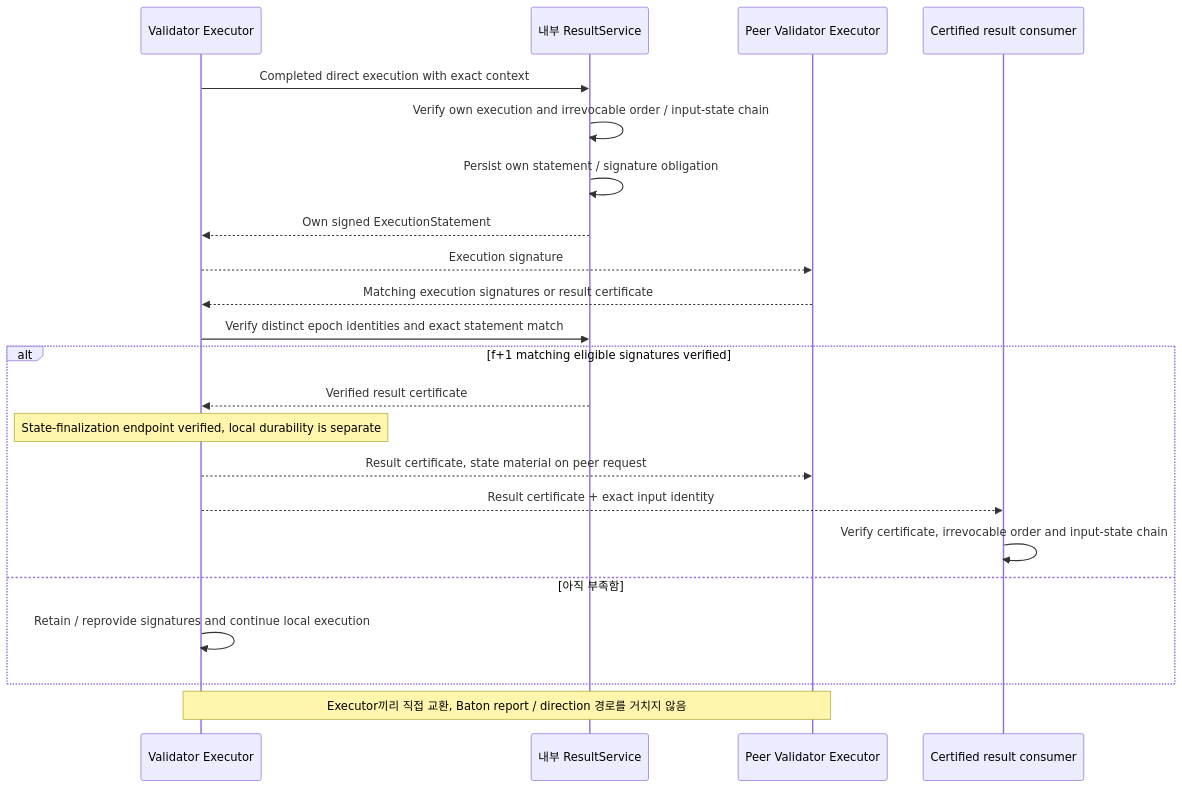
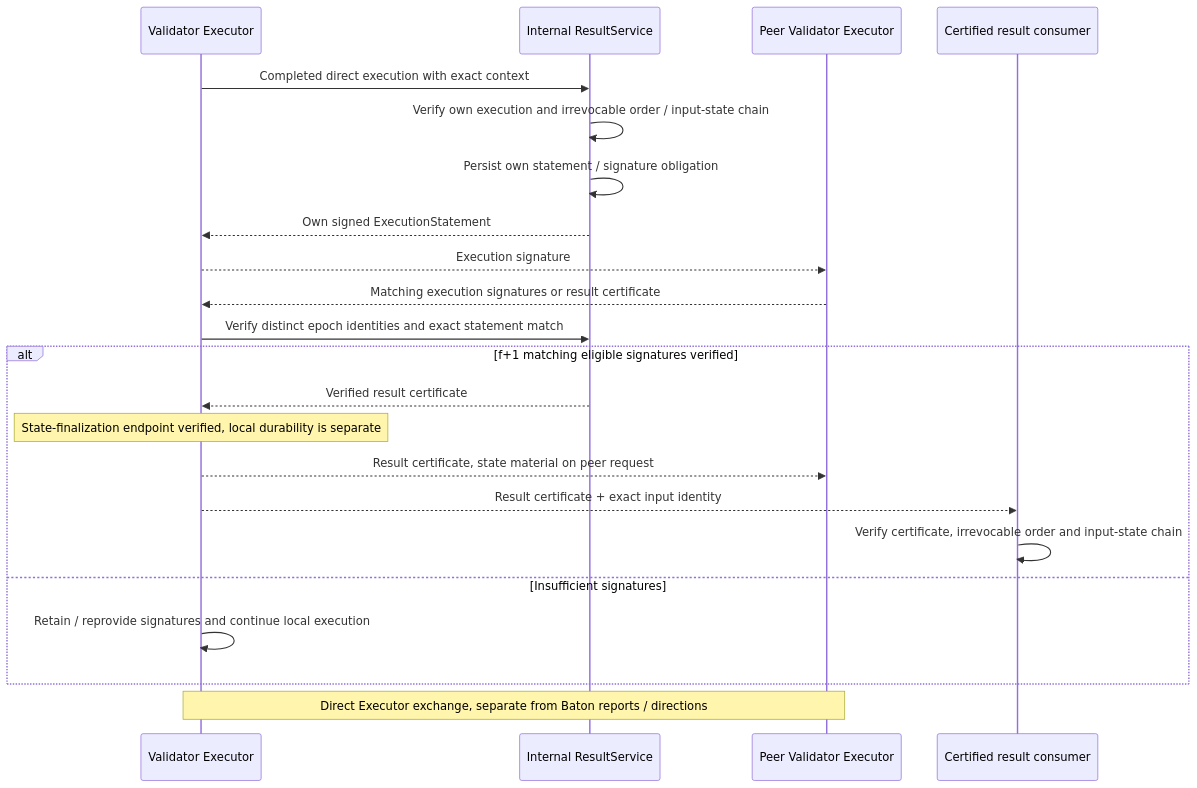
One commit to djm07073/baton-research changed the diagram in docs/e2e/results.md. Above: the diagram before and after it, drawn with Mermaid. The commit also changed other lines of this file and 99 other files, not shown here.

````diff
--- a/docs/e2e/results.md
+++ b/docs/e2e/results.md
@@ -9,24 +9,24 @@
 ```mermaid
 sequenceDiagram
     participant E as Validator Executor
-    participant S as 내부 ResultService
+    participant S as Internal ResultService
     participant P as Peer Validator Executor
     participant R as Certified result consumer
     E->>S: Completed direct execution with exact context
     S->>S: Verify own execution and irrevocable order / input-state chain
     S->>S: Persist own statement / signature obligation
     S-->>E: Own signed ExecutionStatement
     E-->>P: Execution signature
     P-->>E: Matching execution signatures or result certificate
     E->>S: Verify distinct epoch identities and exact statement match
     alt f+1 matching eligible signatures verified
         S-->>E: Verified result certificate
         Note over E: State-finalization endpoint verified, local durability is separate
         E-->>P: Result certificate, state material on peer request
         E-->>R: Result certificate + exact input identity
         R->>R: Verify certificate, irrevocable order and input-state chain
-    else 아직 부족함
+    else Insufficient signatures
         E->>E: Retain / reprovide signatures and continue local execution
     end
-    Note over E,P: Executor끼리 직접 교환, Baton report / direction 경로를 거치지 않음
+    Note over E,P: Direct Executor exchange, separate from Baton reports / directions
 ```
````
